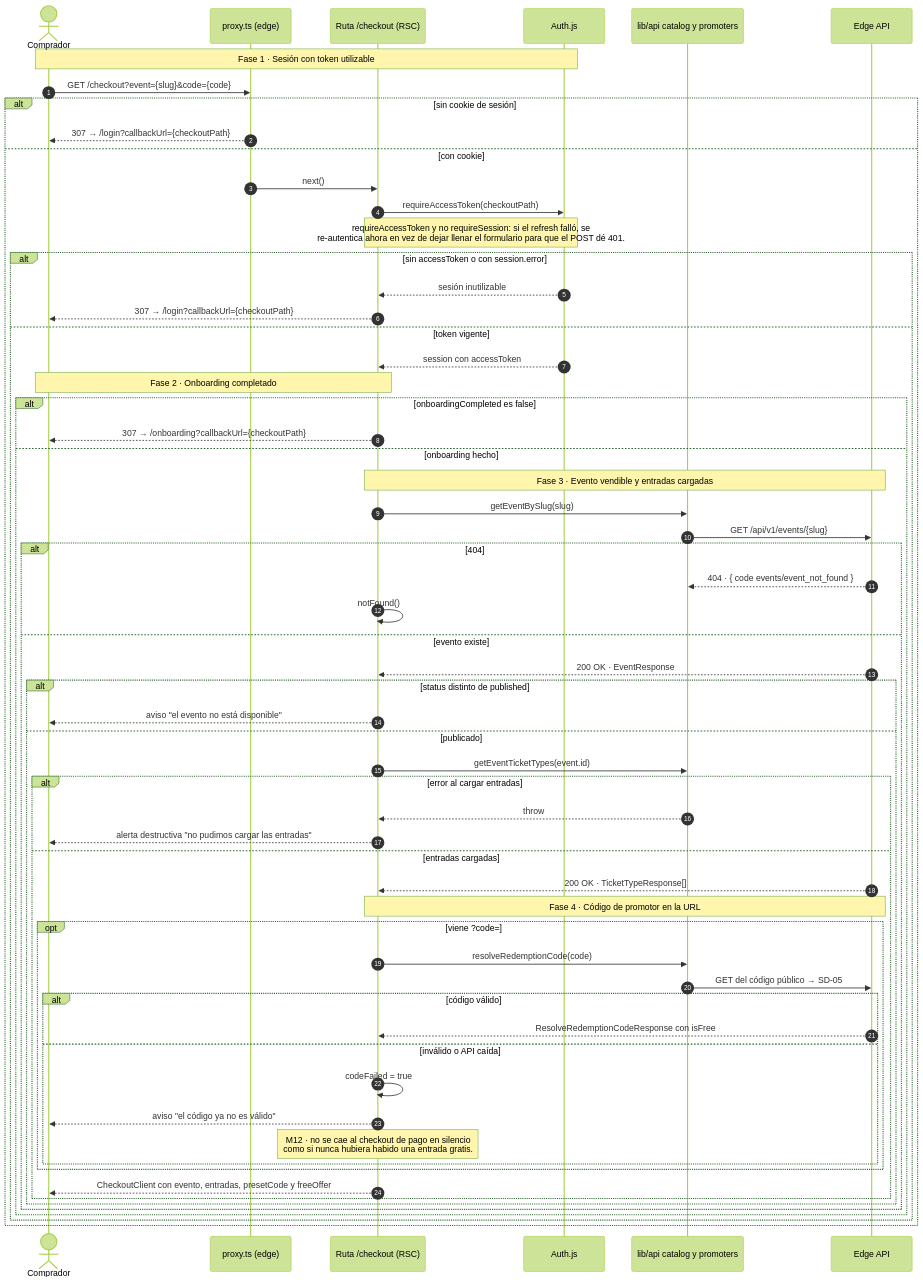
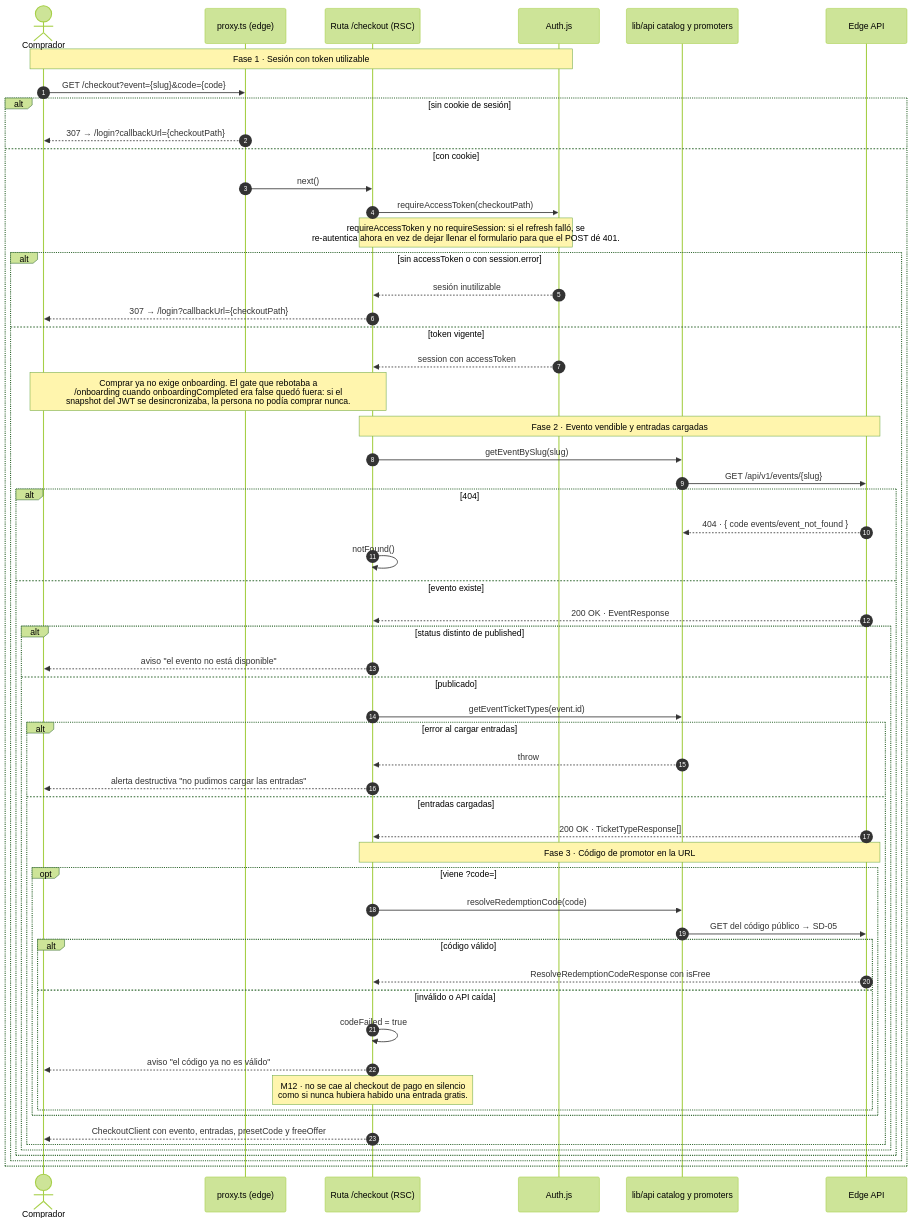
Before and after one commit to jwilsonar/urnight_mvp: the third of 13 diagrams in docs/diagramas-secuencia/05-entradas-validacion.md, drawn with Mermaid (forest theme). The commit also changed other lines of this file, not shown here.

Commit message:
docs: SD-01 refleja que comprar ya no exige onboarding
El gate que rebotaba a /onboarding salió del checkout, así que la Fase 2 del
diagrama dejó de existir y las fases siguientes se renumeran. Queda una nota
con el porqué, para que no se reintroduzca sin querer.

````diff
--- a/docs/diagramas-secuencia/05-entradas-validacion.md
+++ b/docs/diagramas-secuencia/05-entradas-validacion.md
@@ -305,67 +305,63 @@
 ```mermaid
 sequenceDiagram
     autonumber
     actor U as Comprador
     participant PX as proxy.ts (edge)
     participant PG as Ruta /checkout (RSC)
     participant NA as Auth.js
     participant FET as lib/api catalog y promoters
     participant EDGE as Edge API
 
     note over U, NA: Fase 1 · Sesión con token utilizable
     U->>PX: GET /checkout?event={slug}&code={code}
     alt sin cookie de sesión
         PX-->>U: 307 → /login?callbackUrl={checkoutPath}
     else con cookie
         PX->>PG: next()
         PG->>NA: requireAccessToken(checkoutPath)
         note over PG, NA: requireAccessToken y no requireSession: si el refresh falló, se<br/>re-autentica ahora en vez de dejar llenar el formulario para que el POST dé 401.
         alt sin accessToken o con session.error
             NA-->>PG: sesión inutilizable
             PG-->>U: 307 → /login?callbackUrl={checkoutPath}
         else token vigente
             NA-->>PG: session con accessToken
 
-            note over PG, U: Fase 2 · Onboarding completado
-            alt onboardingCompleted es false
-                PG-->>U: 307 → /onboarding?callbackUrl={checkoutPath}
-            else onboarding hecho
+            note over PG, U: Comprar ya no exige onboarding. El gate que rebotaba a<br/>/onboarding cuando onboardingCompleted era false quedó fuera: si el<br/>snapshot del JWT se desincronizaba, la persona no podía comprar nunca.
 
-                note over PG, EDGE: Fase 3 · Evento vendible y entradas cargadas
-                PG->>FET: getEventBySlug(slug)
-                FET->>EDGE: GET /api/v1/events/{slug}
-                alt 404
-                    EDGE-->>FET: 404 · { code events/event_not_found }
-                    PG->>PG: notFound()
-                else evento existe
-                    EDGE-->>PG: 200 OK · EventResponse
-                    alt status distinto de published
-                        PG-->>U: aviso "el evento no está disponible"
-                    else publicado
-                        PG->>FET: getEventTicketTypes(event.id)
-                        alt error al cargar entradas
-                            FET-->>PG: throw
-                            PG-->>U: alerta destructiva "no pudimos cargar las entradas"
-                        else entradas cargadas
-                            EDGE-->>PG: 200 OK · TicketTypeResponse[]
+            note over PG, EDGE: Fase 2 · Evento vendible y entradas cargadas
+            PG->>FET: getEventBySlug(slug)
+            FET->>EDGE: GET /api/v1/events/{slug}
+            alt 404
+                EDGE-->>FET: 404 · { code events/event_not_found }
+                PG->>PG: notFound()
+            else evento existe
+                EDGE-->>PG: 200 OK · EventResponse
+                alt status distinto de published
+                    PG-->>U: aviso "el evento no está disponible"
+                else publicado
+                    PG->>FET: getEventTicketTypes(event.id)
+                    alt error al cargar entradas
+                        FET-->>PG: throw
+                        PG-->>U: alerta destructiva "no pudimos cargar las entradas"
+                    else entradas cargadas
+                        EDGE-->>PG: 200 OK · TicketTypeResponse[]
 
-                            note over PG, EDGE: Fase 4 · Código de promotor en la URL
-                            opt viene ?code=
-                                PG->>FET: resolveRedemptionCode(code)
-                                FET->>EDGE: GET del código público → SD-05
-                                alt código válido
-                                    EDGE-->>PG: ResolveRedemptionCodeResponse con isFree
-                                else inválido o API caída
-                                    PG->>PG: codeFailed = true
-                                    PG-->>U: aviso "el código ya no es válido"
-                                    note over PG: M12 · no se cae al checkout de pago en silencio<br/>como si nunca hubiera habido una entrada gratis.
-                                end
+                        note over PG, EDGE: Fase 3 · Código de promotor en la URL
+                        opt viene ?code=
+                            PG->>FET: resolveRedemptionCode(code)
+                            FET->>EDGE: GET del código público → SD-05
+                            alt código válido
+                                EDGE-->>PG: ResolveRedemptionCodeResponse con isFree
+                            else inválido o API caída
+                                PG->>PG: codeFailed = true
+                                PG-->>U: aviso "el código ya no es válido"
+                                note over PG: M12 · no se cae al checkout de pago en silencio<br/>como si nunca hubiera habido una entrada gratis.
                             end
-                            PG-->>U: CheckoutClient con evento, entradas, presetCode y freeOffer
                         end
+                        PG-->>U: CheckoutClient con evento, entradas, presetCode y freeOffer
                     end
                 end
             end
         end
     end
 ```
````
